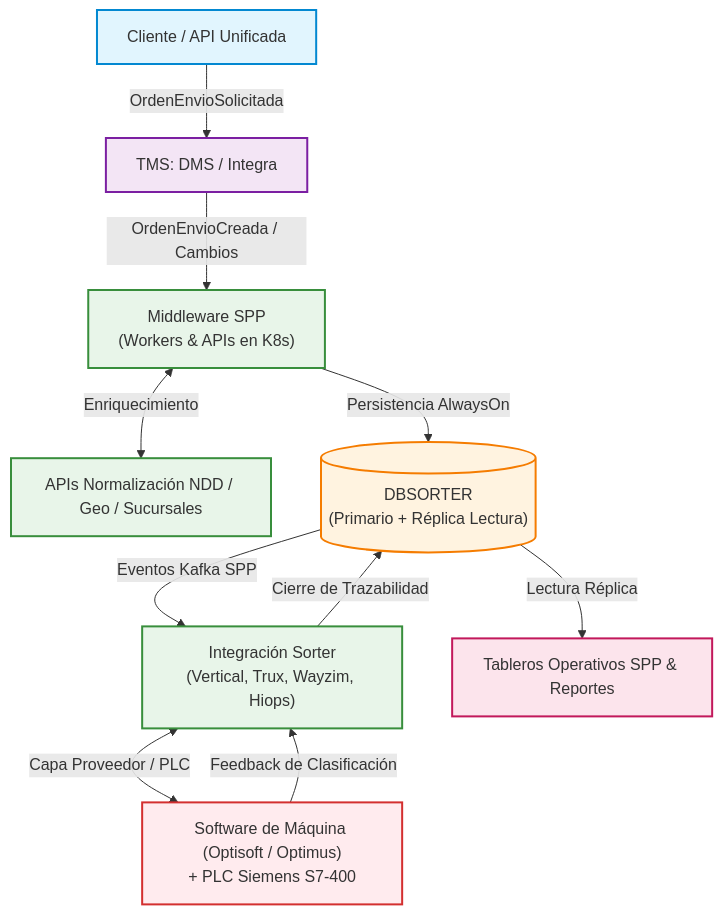
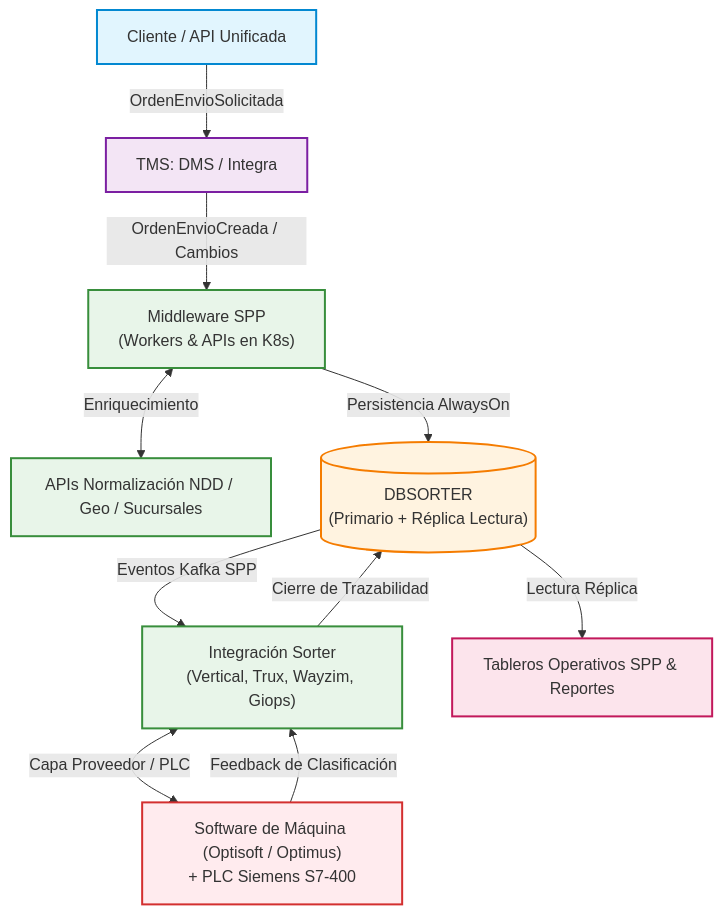
Before and after one commit to lmonasterio-andreani/sorters: the diagram in README.md, drawn with Mermaid. The commit also changed other lines of this file and 10 other files, not shown here.

````diff
--- a/README.md
+++ b/README.md
@@ -52,19 +52,19 @@
 ```mermaid
 graph TD
     classDef client fill:#e1f5fe,stroke:#0288d1,stroke-width:2px;
     classDef tms fill:#f3e5f5,stroke:#7b1fa2,stroke-width:2px;
     classDef spp fill:#e8f5e9,stroke:#388e3c,stroke-width:2px;
     classDef db fill:#fff3e0,stroke:#f57c00,stroke-width:2px;
     classDef machine fill:#ffebee,stroke:#d32f2f,stroke-width:2px;
     classDef obs fill:#fce4ec,stroke:#c2185b,stroke-width:2px;
 
     Client["Cliente / API Unificada"]:::client -->|"OrdenEnvioSolicitada"| TMS["TMS: DMS / Integra"]:::tms
     TMS -->|"OrdenEnvioCreada / Cambios"| SPP["Middleware SPP<br/>(Workers & APIs en K8s)"]:::spp
     SPP <-->|"Enriquecimiento"| Enrichment["APIs Normalización NDD / Geo / Sucursales"]:::spp
     SPP -->|"Persistencia AlwaysOn"| DBSORTER[("DBSORTER<br/>(Primario + Réplica Lectura)")]:::db
-    DBSORTER -->|"Eventos Kafka SPP"| SorterIn["Integración Sorter<br/>(Vertical, Trux, Wayzim, Hiops)"]:::spp
+    DBSORTER -->|"Eventos Kafka SPP"| SorterIn["Integración Sorter<br/>(Vertical, Trux, Wayzim, Giops)"]:::spp
     SorterIn <-->|"Capa Proveedor / PLC"| Hardware["Software de Máquina (Optisoft / Optimus)<br/>+ PLC Siemens S7-400"]:::machine
     Hardware -->|"Feedback de Clasificación"| SorterIn
     SorterIn -->|"Cierre de Trazabilidad"| DBSORTER
     DBSORTER -->|"Lectura Réplica"| Dashboards["Tableros Operativos SPP & Reportes"]:::obs
 ```
````
